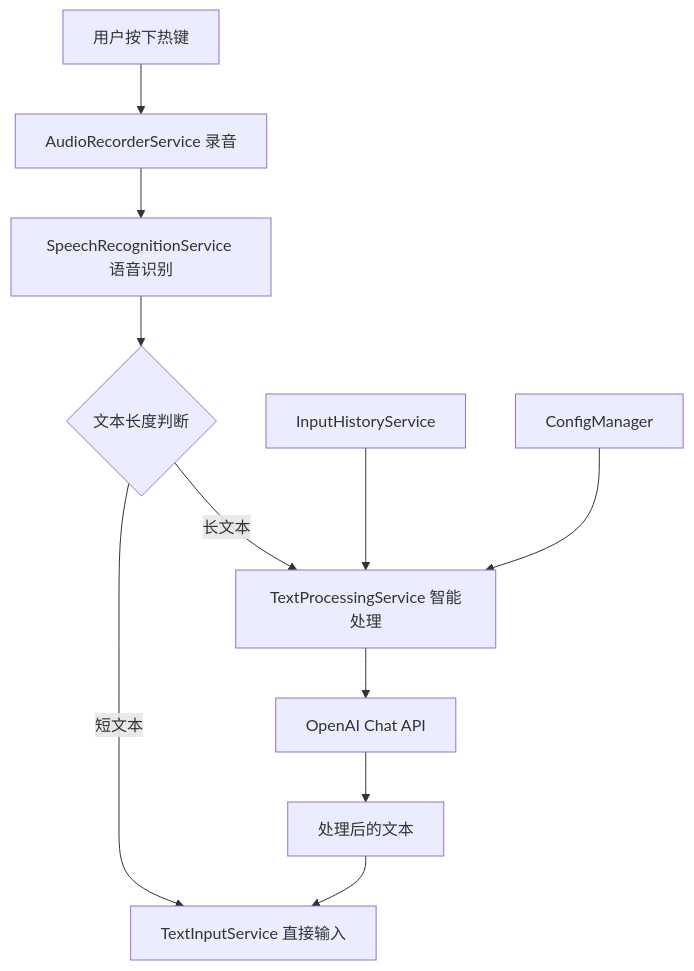
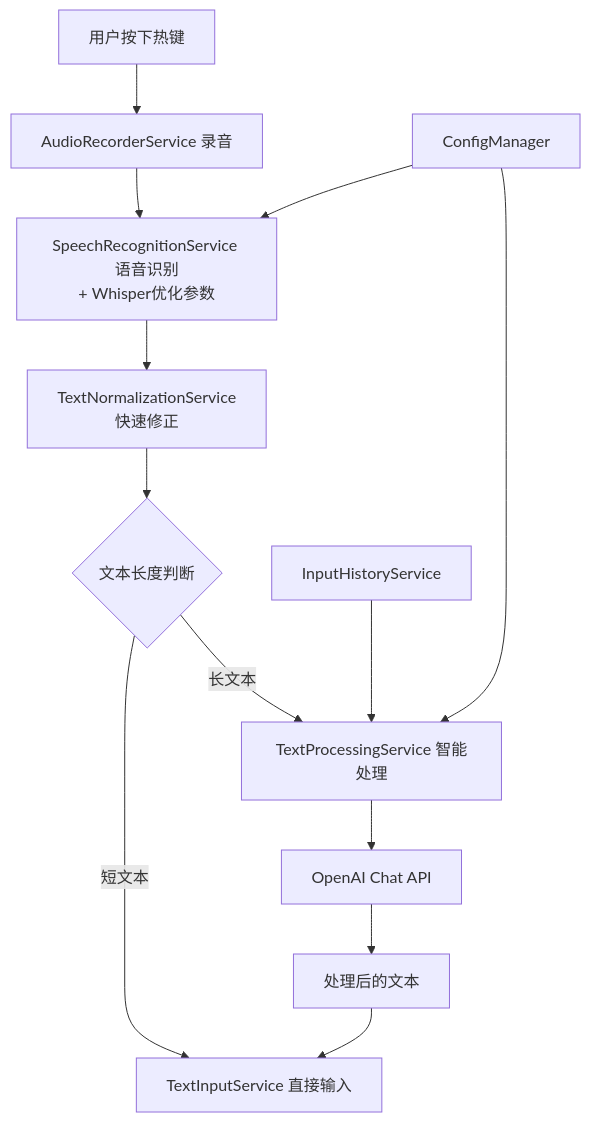
The diagram in specs/smart-editing/design.md (aaronpeng2020/spext), drawn with Mermaid before and after one commit. The commit also changed other lines of this file and 53 other files, not shown here.

````diff
--- a/specs/smart-editing/design.md
+++ b/specs/smart-editing/design.md
@@ -9,13 +9,15 @@
 ```mermaid
 graph TD
     A[用户按下热键] --> B[AudioRecorderService 录音]
-    B --> C[SpeechRecognitionService 语音识别]
-    C --> D{文本长度判断}
+    B --> C[SpeechRecognitionService 语音识别<br/>+ Whisper优化参数]
+    C --> K[TextNormalizationService<br/>快速修正]
+    K --> D{文本长度判断}
     D -->|短文本| E[TextInputService 直接输入]
     D -->|长文本| F[TextProcessingService 智能处理]
     F --> G[OpenAI Chat API]
     G --> H[处理后的文本]
     H --> E
     I[InputHistoryService] --> F
     J[ConfigManager] --> F
+    J --> C
 ```
````
